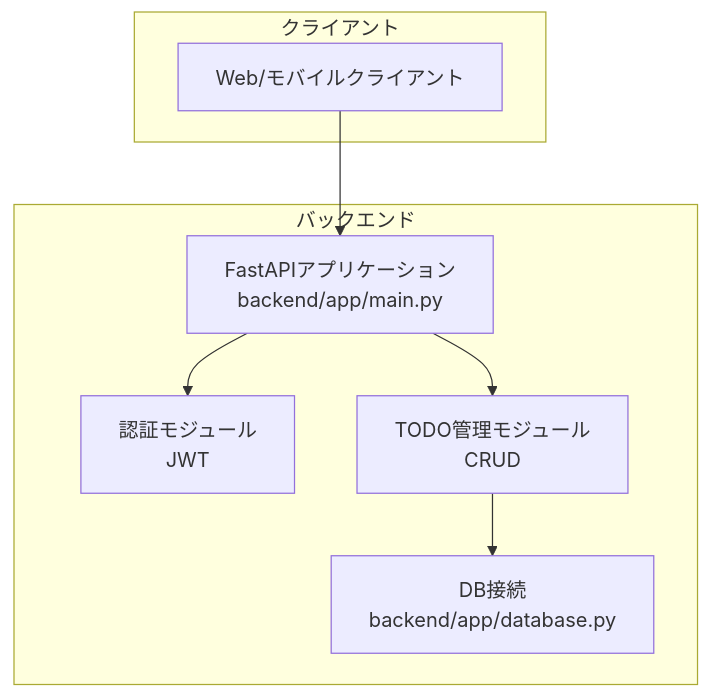
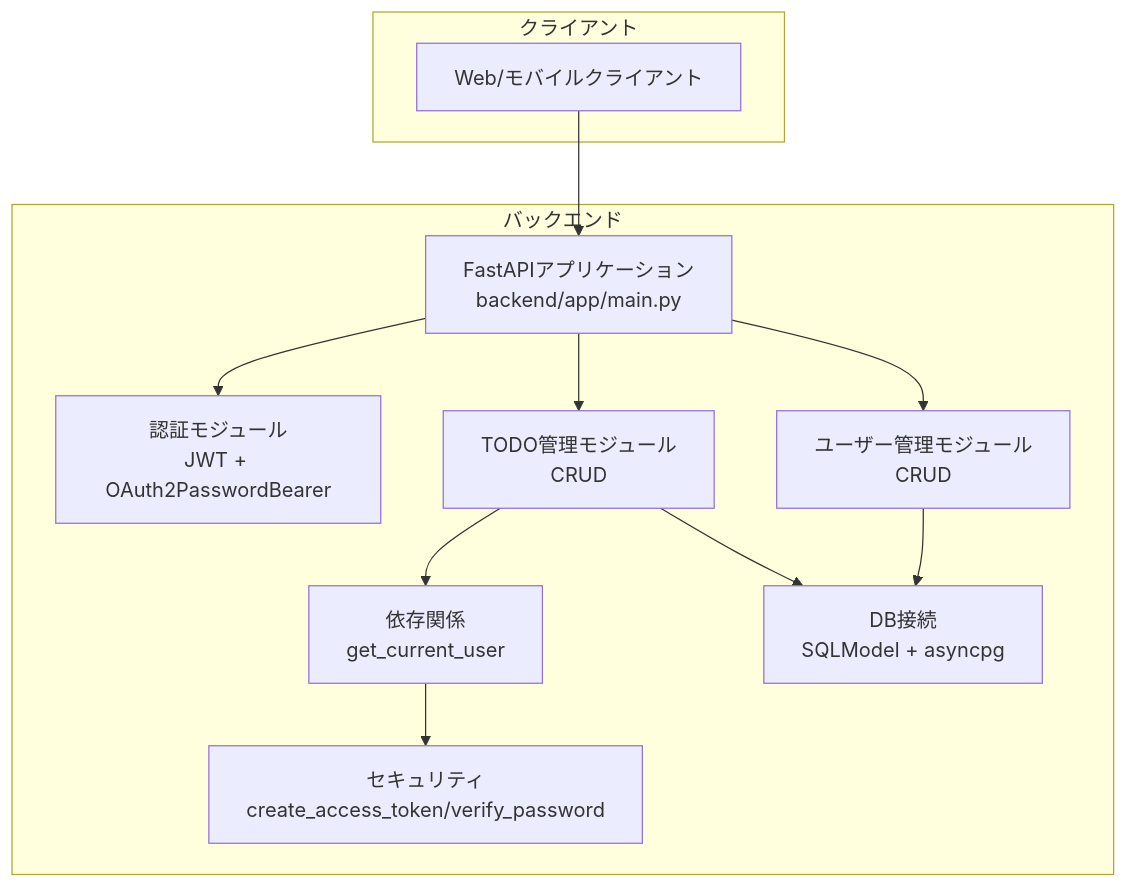
Before and after one commit to ss8806/Todos: the second of 6 diagrams in .qoder/repowiki/ja/content/APIリファレンス/APIリファレンス.md, drawn with Mermaid. The commit also changed other lines of this file and 5 other files, not shown here.

````diff
--- a/.qoder/repowiki/ja/content/APIリファレンス/APIリファレンス.md
+++ b/.qoder/repowiki/ja/content/APIリファレンス/APIリファレンス.md
@@ -96,16 +109,23 @@
 ```mermaid
 graph TB
 subgraph "クライアント"
 web["Web/モバイルクライアント"]
 end
 subgraph "バックエンド"
 app["FastAPIアプリケーション<br/>backend/app/main.py"]
-auth["認証モジュール<br/>JWT"]
-todo["TODO管理モジュール<br/>CRUD"]
-db["DB接続<br/>backend/app/database.py"]
+auth["認証モジュール<br/>JWT + OAuth2PasswordBearer"]
+users["ユーザー管理モジュール<br/>CRUD"]
+todos["TODO管理モジュール<br/>CRUD"]
+deps["依存関係<br/>get_current_user"]
+security["セキュリティ<br/>create_access_token/verify_password"]
+db["DB接続<br/>SQLModel + asyncpg"]
 end
 web --> app
 app --> auth
-app --> todo
-todo --> db
+app --> users
+app --> todos
+todos --> deps
+deps --> security
+users --> db
+todos --> db
 ```
````
